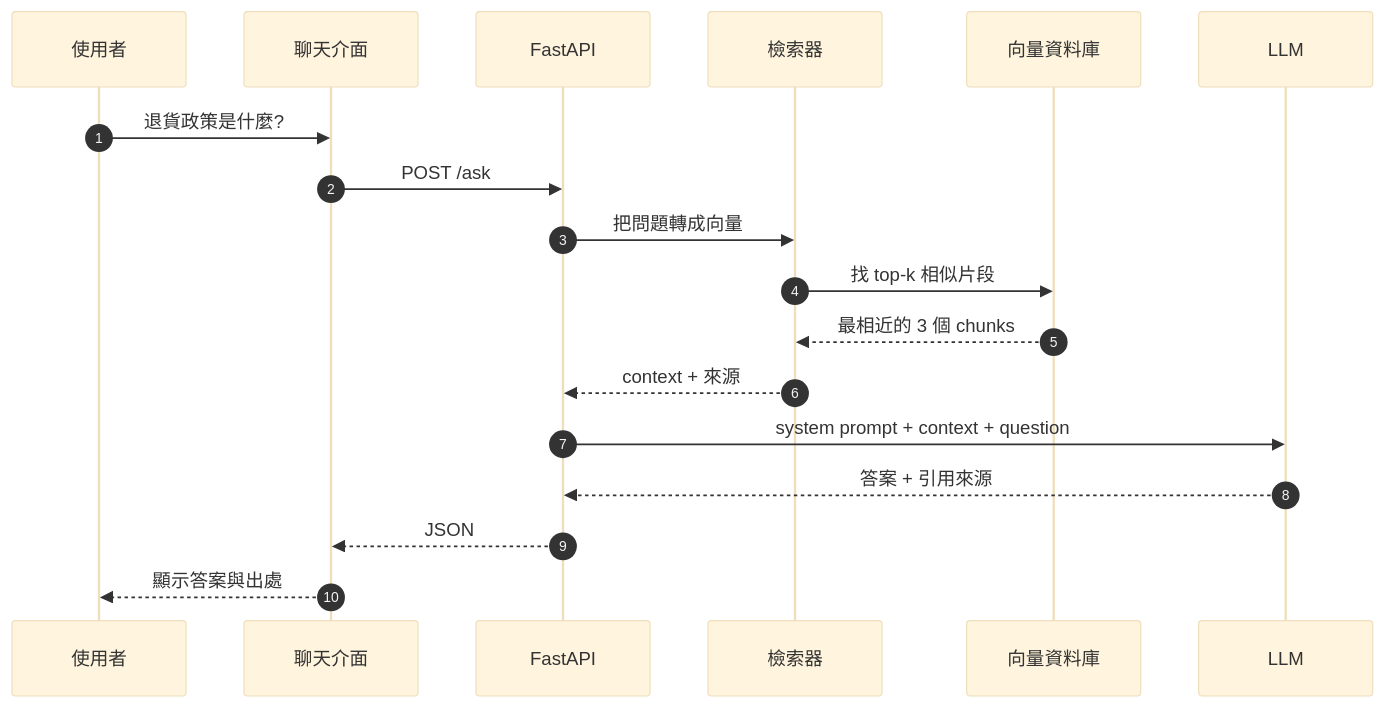
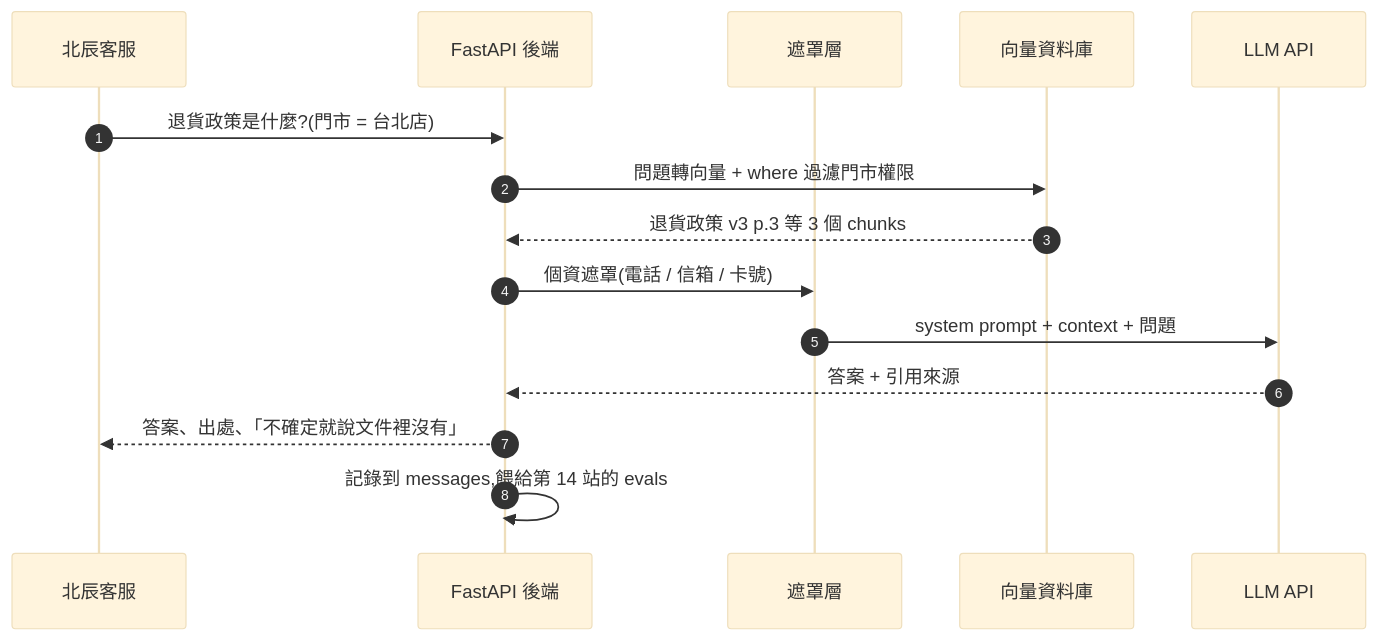
The second of 2 diagrams in README.md (Yu-0312/ai-engineer-roadmap), drawn with Mermaid (base theme) before and after one commit. The commit also changed other lines of this file and 7 other files, not shown here.

````diff
--- a/README.md
+++ b/README.md
@@ -117,20 +126,17 @@
 ```mermaid
 sequenceDiagram
   autonumber
-  participant U as 使用者
-  participant UI as 聊天介面
-  participant API as FastAPI
-  participant R as 檢索器
+  participant CS as 北辰客服
+  participant API as FastAPI 後端
+  participant M as 遮罩層
   participant V as 向量資料庫
-  participant L as LLM
-  U->>UI: 退貨政策是什麼?
-  UI->>API: POST /ask
-  API->>R: 把問題轉成向量
-  R->>V: 找 top-k 相似片段
-  V-->>R: 最相近的 3 個 chunks
-  R-->>API: context + 來源
-  API->>L: system prompt + context + question
+  participant L as LLM API
+  CS->>API: 退貨政策是什麼?(門市 = 台北店)
+  API->>V: 問題轉向量 + where 過濾門市權限
+  V-->>API: 退貨政策 v3 p.3 等 3 個 chunks
+  API->>M: 個資遮罩(電話 / 信箱 / 卡號)
+  M->>L: system prompt + context + 問題
   L-->>API: 答案 + 引用來源
-  API-->>UI: JSON
-  UI-->>U: 顯示答案與出處
+  API-->>CS: 答案、出處、「不確定就說文件裡沒有」
+  API->>API: 記錄到 messages,餵給第 14 站的 evals
 ```
````
